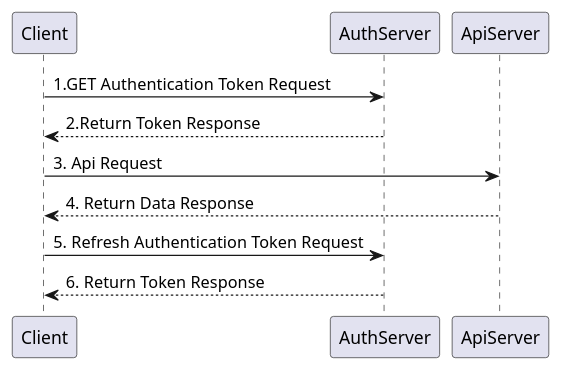
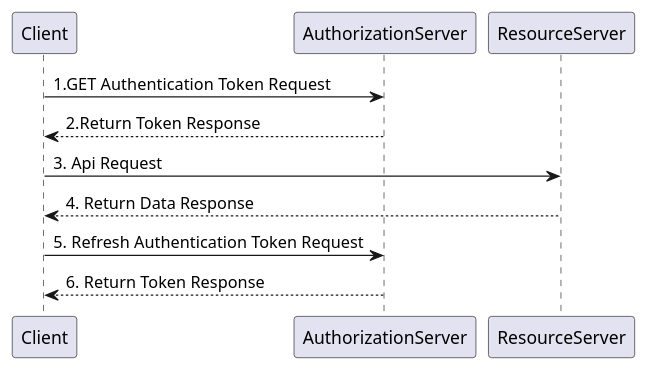
Before and after one commit to liushoukun/dawn-api-demo: the diagram in Authentication.puml, drawn with PlantUML. The commit also changed 2 other files, not shown here.

```diff
--- a/Authentication.puml
+++ b/Authentication.puml
@@ -1,12 +1,12 @@
 @startuml
 
-Client -> AuthServer:1.GET Authentication Token Request
-AuthServer --> Client:2.Return Token Response
+Client -> AuthorizationServer:1.GET Authentication Token Request
+AuthorizationServer --> Client:2.Return Token Response
 
-Client -> ApiServer:3. Api Request
-ApiServer --> Client:4. Return Data Response
+Client -> ResourceServer:3. Api Request
+ResourceServer --> Client:4. Return Data Response
 
-Client -> AuthServer:5. Refresh Authentication Token Request
-AuthServer --> Client:6. Return Token Response
+Client -> AuthorizationServer:5. Refresh Authentication Token Request
+AuthorizationServer --> Client:6. Return Token Response
 
 @enduml
```
